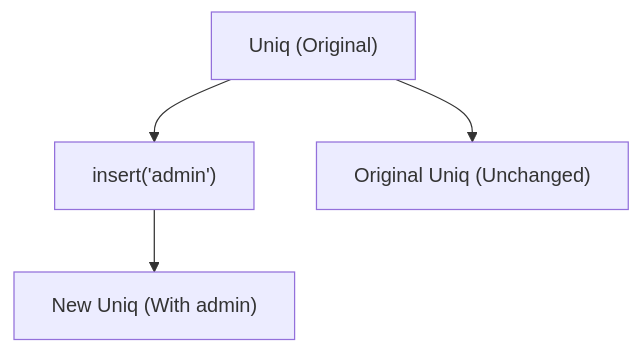
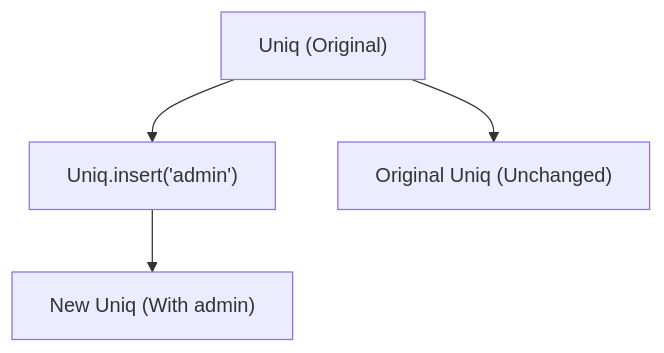
One commit to nlozgachev/pipelined changed the diagram in docs/src/content/docs/guides/uniq.mdx. Above: the diagram before and after it, drawn with Mermaid. The commit also changed other lines of this file and 35 other files, not shown here.

````diff
--- a/docs/src/content/docs/guides/uniq.mdx
+++ b/docs/src/content/docs/guides/uniq.mdx
@@ -30,6 +30,6 @@
 ```mermaid
 flowchart TD
-    A["Uniq (Original)"] --> B["insert('admin')"]
+    A["Uniq (Original)"] --> B["Uniq.insert('admin')"]
     B --> C["New Uniq (With admin)"]
     A --> D["Original Uniq (Unchanged)"]
 ```
````
